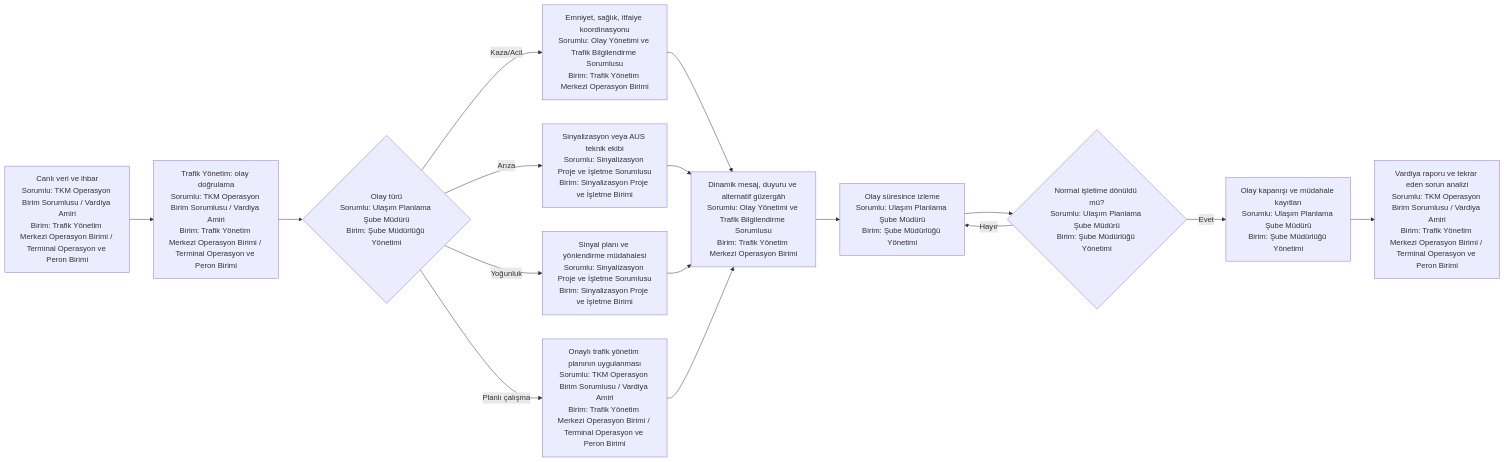
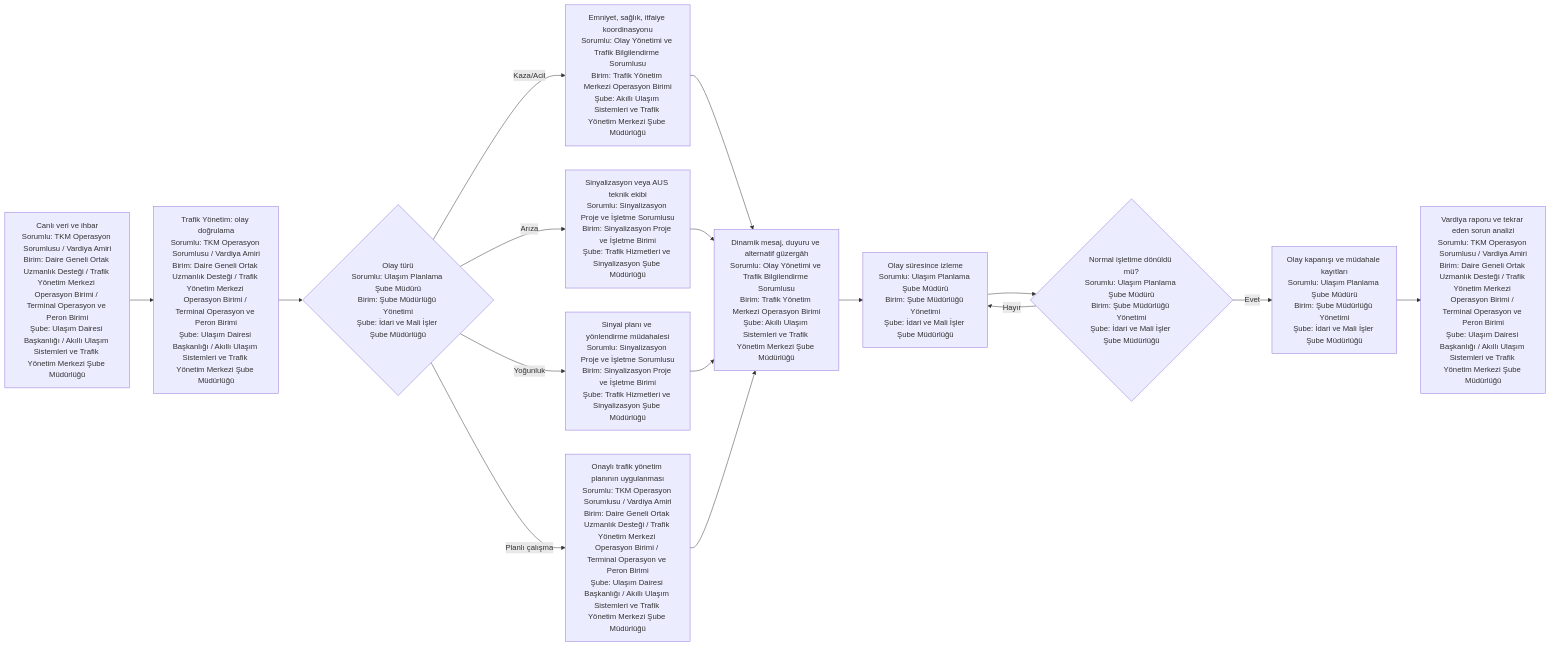
The sixth of 6 diagrams in 15_yalin_surec_haritalari/trafik_planlama/README.md (merdaergen-create/Ulasim_Dairesi_Is_Analizi), drawn with Mermaid before and after one commit. The commit also changed other lines of this file and 20 other files, not shown here.

````diff
--- a/15_yalin_surec_haritalari/trafik_planlama/README.md
+++ b/15_yalin_surec_haritalari/trafik_planlama/README.md
@@ -202,18 +226,18 @@
 ```mermaid
 flowchart LR
-    A[Canlı veri ve ihbar<br/>Sorumlu: TKM Operasyon Birim Sorumlusu / Vardiya Amiri<br/>Birim: Trafik Yönetim Merkezi Operasyon Birimi / Terminal Operasyon ve Peron Birimi] --> B[Trafik Yönetim: olay doğrulama<br/>Sorumlu: TKM Operasyon Birim Sorumlusu / Vardiya Amiri<br/>Birim: Trafik Yönetim Merkezi Operasyon Birimi / Terminal Operasyon ve Peron Birimi]
-    B --> C{Olay türü<br/>Sorumlu: Ulaşım Planlama Şube Müdürü<br/>Birim: Şube Müdürlüğü Yönetimi}
-    C -- Kaza/Acil --> D[Emniyet, sağlık, itfaiye koordinasyonu<br/>Sorumlu: Olay Yönetimi ve Trafik Bilgilendirme Sorumlusu<br/>Birim: Trafik Yönetim Merkezi Operasyon Birimi]
-    C -- Arıza --> E[Sinyalizasyon veya AUS teknik ekibi<br/>Sorumlu: Sinyalizasyon Proje ve İşletme Sorumlusu<br/>Birim: Sinyalizasyon Proje ve İşletme Birimi]
-    C -- Yoğunluk --> F[Sinyal planı ve yönlendirme müdahalesi<br/>Sorumlu: Sinyalizasyon Proje ve İşletme Sorumlusu<br/>Birim: Sinyalizasyon Proje ve İşletme Birimi]
-    C -- Planlı çalışma --> G[Onaylı trafik yönetim planının uygulanması<br/>Sorumlu: TKM Operasyon Birim Sorumlusu / Vardiya Amiri<br/>Birim: Trafik Yönetim Merkezi Operasyon Birimi / Terminal Operasyon ve Peron Birimi]
-    D --> H[Dinamik mesaj, duyuru ve alternatif güzergâh<br/>Sorumlu: Olay Yönetimi ve Trafik Bilgilendirme Sorumlusu<br/>Birim: Trafik Yönetim Merkezi Operasyon Birimi]
+    A[Canlı veri ve ihbar<br/>Sorumlu: TKM Operasyon Sorumlusu / Vardiya Amiri<br/>Birim: Daire Geneli Ortak Uzmanlık Desteği / Trafik Yönetim Merkezi Operasyon Birimi / Terminal Operasyon ve Peron Birimi<br/>Şube: Ulaşım Dairesi Başkanlığı / Akıllı Ulaşım Sistemleri ve Trafik Yönetim Merkezi Şube Müdürlüğü] --> B[Trafik Yönetim: olay doğrulama<br/>Sorumlu: TKM Operasyon Sorumlusu / Vardiya Amiri<br/>Birim: Daire Geneli Ortak Uzmanlık Desteği / Trafik Yönetim Merkezi Operasyon Birimi / Terminal Operasyon ve Peron Birimi<br/>Şube: Ulaşım Dairesi Başkanlığı / Akıllı Ulaşım Sistemleri ve Trafik Yönetim Merkezi Şube Müdürlüğü]
+    B --> C{Olay türü<br/>Sorumlu: Ulaşım Planlama Şube Müdürü<br/>Birim: Şube Müdürlüğü Yönetimi<br/>Şube: İdari ve Mali İşler Şube Müdürlüğü}
+    C -- Kaza/Acil --> D[Emniyet, sağlık, itfaiye koordinasyonu<br/>Sorumlu: Olay Yönetimi ve Trafik Bilgilendirme Sorumlusu<br/>Birim: Trafik Yönetim Merkezi Operasyon Birimi<br/>Şube: Akıllı Ulaşım Sistemleri ve Trafik Yönetim Merkezi Şube Müdürlüğü]
+    C -- Arıza --> E[Sinyalizasyon veya AUS teknik ekibi<br/>Sorumlu: Sinyalizasyon Proje ve İşletme Sorumlusu<br/>Birim: Sinyalizasyon Proje ve İşletme Birimi<br/>Şube: Trafik Hizmetleri ve Sinyalizasyon Şube Müdürlüğü]
+    C -- Yoğunluk --> F[Sinyal planı ve yönlendirme müdahalesi<br/>Sorumlu: Sinyalizasyon Proje ve İşletme Sorumlusu<br/>Birim: Sinyalizasyon Proje ve İşletme Birimi<br/>Şube: Trafik Hizmetleri ve Sinyalizasyon Şube Müdürlüğü]
+    C -- Planlı çalışma --> G[Onaylı trafik yönetim planının uygulanması<br/>Sorumlu: TKM Operasyon Sorumlusu / Vardiya Amiri<br/>Birim: Daire Geneli Ortak Uzmanlık Desteği / Trafik Yönetim Merkezi Operasyon Birimi / Terminal Operasyon ve Peron Birimi<br/>Şube: Ulaşım Dairesi Başkanlığı / Akıllı Ulaşım Sistemleri ve Trafik Yönetim Merkezi Şube Müdürlüğü]
+    D --> H[Dinamik mesaj, duyuru ve alternatif güzergâh<br/>Sorumlu: Olay Yönetimi ve Trafik Bilgilendirme Sorumlusu<br/>Birim: Trafik Yönetim Merkezi Operasyon Birimi<br/>Şube: Akıllı Ulaşım Sistemleri ve Trafik Yönetim Merkezi Şube Müdürlüğü]
     E --> H
     F --> H
     G --> H
-    H --> I[Olay süresince izleme<br/>Sorumlu: Ulaşım Planlama Şube Müdürü<br/>Birim: Şube Müdürlüğü Yönetimi]
-    I --> J{Normal işletime dönüldü mü?<br/>Sorumlu: Ulaşım Planlama Şube Müdürü<br/>Birim: Şube Müdürlüğü Yönetimi}
+    H --> I[Olay süresince izleme<br/>Sorumlu: Ulaşım Planlama Şube Müdürü<br/>Birim: Şube Müdürlüğü Yönetimi<br/>Şube: İdari ve Mali İşler Şube Müdürlüğü]
+    I --> J{Normal işletime dönüldü mü?<br/>Sorumlu: Ulaşım Planlama Şube Müdürü<br/>Birim: Şube Müdürlüğü Yönetimi<br/>Şube: İdari ve Mali İşler Şube Müdürlüğü}
     J -- Hayır --> I
-    J -- Evet --> K[Olay kapanışı ve müdahale kayıtları<br/>Sorumlu: Ulaşım Planlama Şube Müdürü<br/>Birim: Şube Müdürlüğü Yönetimi]
-    K --> L[Vardiya raporu ve tekrar eden sorun analizi<br/>Sorumlu: TKM Operasyon Birim Sorumlusu / Vardiya Amiri<br/>Birim: Trafik Yönetim Merkezi Operasyon Birimi / Terminal Operasyon ve Peron Birimi]
+    J -- Evet --> K[Olay kapanışı ve müdahale kayıtları<br/>Sorumlu: Ulaşım Planlama Şube Müdürü<br/>Birim: Şube Müdürlüğü Yönetimi<br/>Şube: İdari ve Mali İşler Şube Müdürlüğü]
+    K --> L[Vardiya raporu ve tekrar eden sorun analizi<br/>Sorumlu: TKM Operasyon Sorumlusu / Vardiya Amiri<br/>Birim: Daire Geneli Ortak Uzmanlık Desteği / Trafik Yönetim Merkezi Operasyon Birimi / Terminal Operasyon ve Peron Birimi<br/>Şube: Ulaşım Dairesi Başkanlığı / Akıllı Ulaşım Sistemleri ve Trafik Yönetim Merkezi Şube Müdürlüğü]
 ```
````
